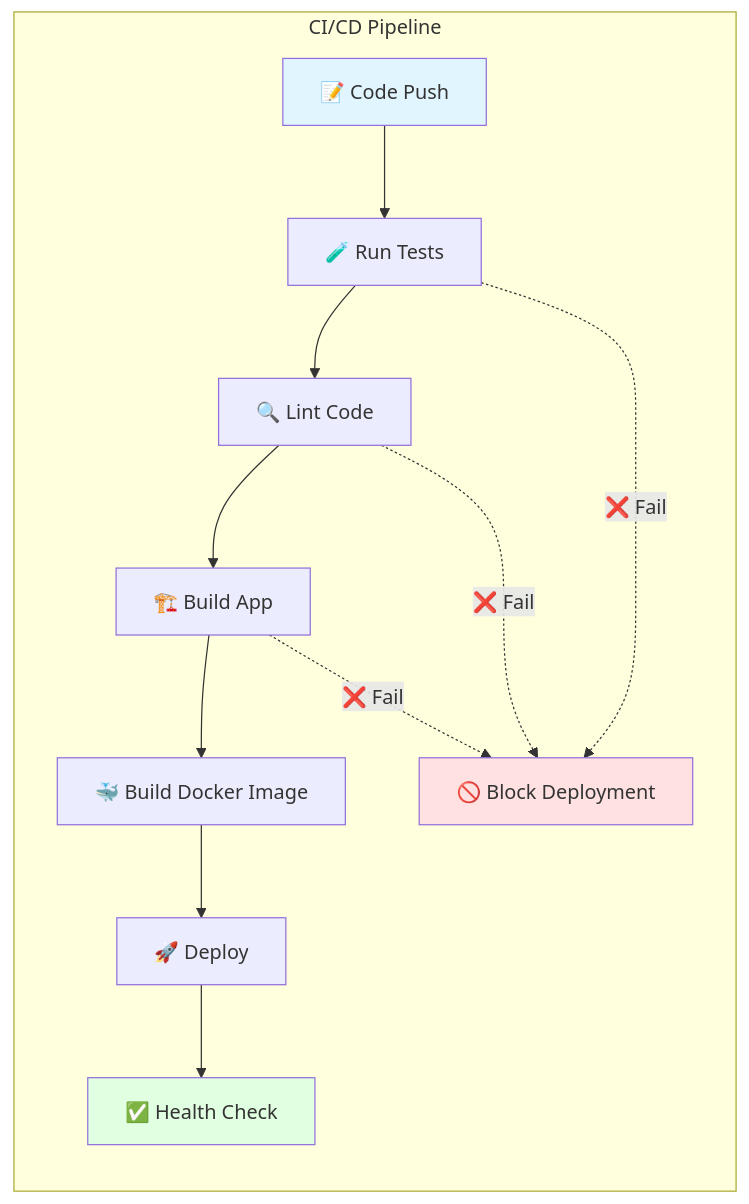
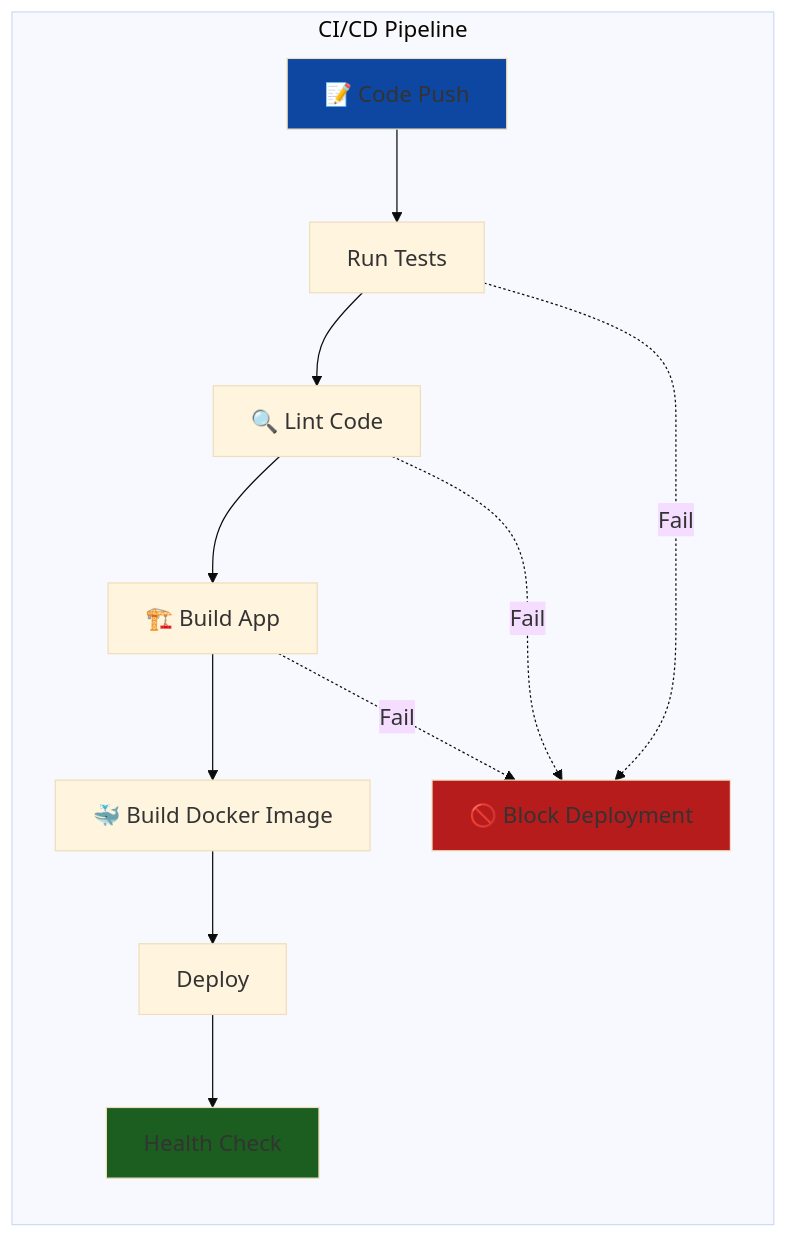
Before and after one commit to Ai-Whisperers/Courses-Content: the tenth of 12 diagrams in courses/🟡-development/FPUNA-2026/01-DESARROLLO-SOFTWARE/especializaciones/web-development/05-despliegue-ia.md, drawn with Mermaid. The commit also changed other lines of this file and 47 other files, not shown here.

First line of the commit message:
fix: Make all 473 diagrams WCAG AAA accessible (FPUNA-2026)

````diff
--- a/courses/🟡-development/FPUNA-2026/01-DESARROLLO-SOFTWARE/especializaciones/web-development/05-despliegue-ia.md
+++ b/courses/🟡-development/FPUNA-2026/01-DESARROLLO-SOFTWARE/especializaciones/web-development/05-despliegue-ia.md
@@ -768,19 +777,20 @@
 ```mermaid
+%%{init: {'theme':'base', 'themeVariables': {'fontSize':'18px'}}}%%
 graph LR
     subgraph "CI/CD Pipeline"
-        A[📝 Code Push] --> B[🧪 Run Tests]
+        A[📝 Code Push] --> B[Run Tests]
         B --> C[🔍 Lint Code]
         C --> D[🏗️ Build App]
         D --> E[🐳 Build Docker Image]
-        E --> F[🚀 Deploy]
-        F --> G[✅ Health Check]
+        E --> F[Deploy]
+        F --> G[Health Check]
         
-        B -.->|❌ Fail| H[🚫 Block Deployment]
-        C -.->|❌ Fail| H
-        D -.->|❌ Fail| H
+        B -.->|Fail| H[🚫 Block Deployment]
+        C -.->|Fail| H
+        D -.->|Fail| H
     end
     
-    style A fill:#E1F5FF
-    style G fill:#E1FFE1
-    style H fill:#FFE1E1
+    style A fill:#0d47a1
+    style G fill:#1b5e20
+    style H fill:#b71c1c
 ```
````
